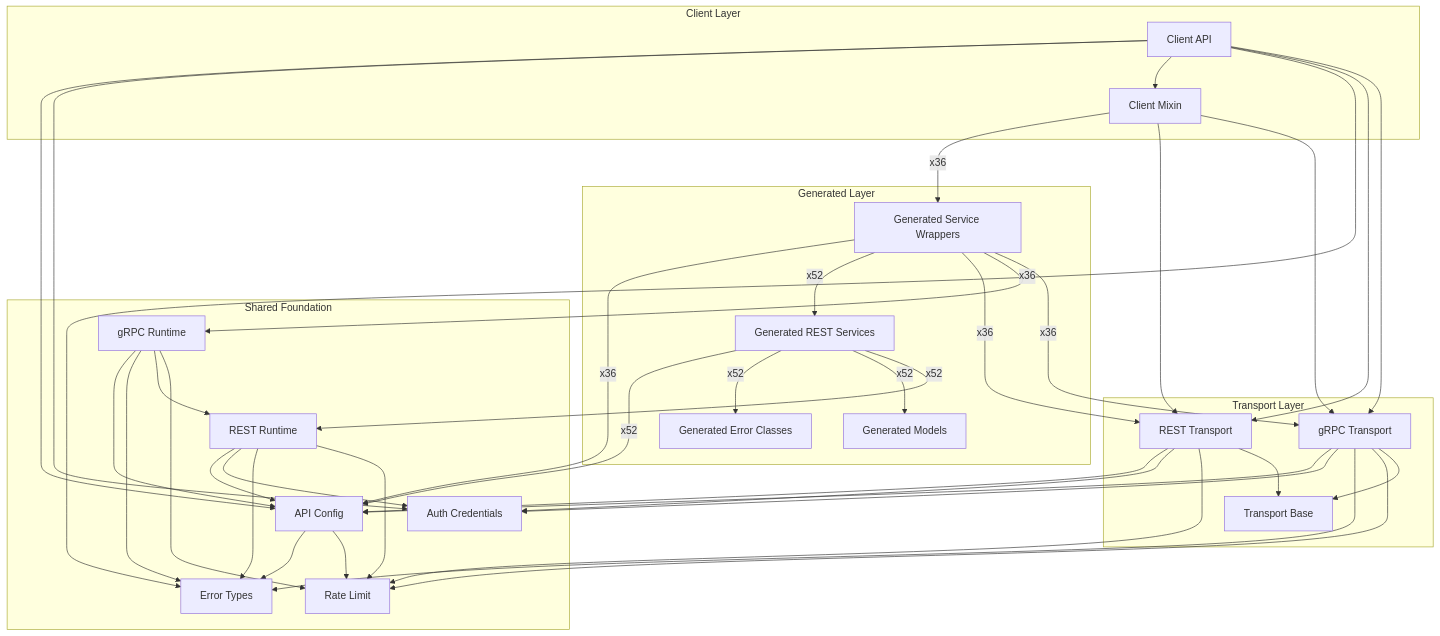
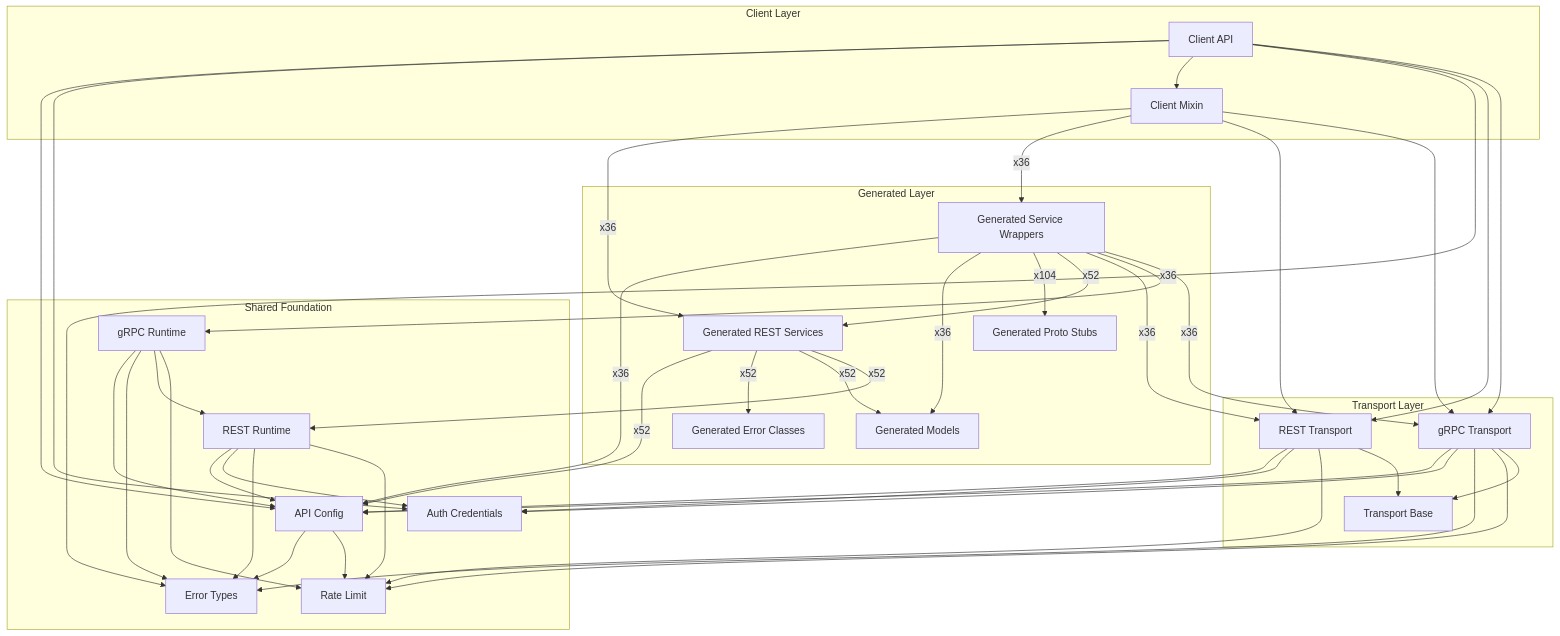
One commit to alexdearaujo/community_sdk_python changed the diagram in docs/sphinx/sdk_runtime_architecture.md. Above: the diagram before and after it, drawn with Mermaid. The commit also changed other lines of this file and 2 other files, not shown here.

Commit message:
fix(generator): show wrapper use of models and proto stubs in the architecture graph
The graph builder resolved `from kentik_api.gen.label import models` to the
package, not the models module, so the wrapper to model edge was dropped.
It now also resolves each imported name, and proto stub modules get their
own group.

````diff
--- a/docs/sphinx/sdk_runtime_architecture.md
+++ b/docs/sphinx/sdk_runtime_architecture.md
@@ -22,64 +22,68 @@
 ```mermaid
 flowchart TB
     subgraph client["Client Layer"]
         Client_API["Client API"]
         Client_Mixin["Client Mixin"]
     end
     subgraph generated["Generated Layer"]
         Generated_Error_Classes["Generated Error Classes"]
         Generated_Models["Generated Models"]
+        Generated_Proto_Stubs["Generated Proto Stubs"]
         Generated_REST_Services["Generated REST Services"]
         Generated_Service_Wrappers["Generated Service Wrappers"]
     end
     subgraph transport["Transport Layer"]
         REST_Transport["REST Transport"]
         Transport_Base["Transport Base"]
         gRPC_Transport["gRPC Transport"]
     end
     subgraph foundation["Shared Foundation"]
         API_Config["API Config"]
         Auth_Credentials["Auth Credentials"]
         Error_Types["Error Types"]
         REST_Runtime["REST Runtime"]
         Rate_Limit["Rate Limit"]
         gRPC_Runtime["gRPC Runtime"]
     end
 
     API_Config --> Error_Types
     API_Config --> Rate_Limit
     Client_API --> API_Config
     Client_API --> Auth_Credentials
     Client_API --> Client_Mixin
     Client_API --> Error_Types
     Client_API --> REST_Transport
     Client_API --> gRPC_Transport
+    Client_Mixin -->|"x36"| Generated_REST_Services
     Client_Mixin -->|"x36"| Generated_Service_Wrappers
     Client_Mixin --> REST_Transport
     Client_Mixin --> gRPC_Transport
     Generated_REST_Services -->|"x52"| API_Config
     Generated_REST_Services -->|"x52"| Generated_Error_Classes
     Generated_REST_Services -->|"x52"| Generated_Models
     Generated_REST_Services -->|"x52"| REST_Runtime
     Generated_Service_Wrappers -->|"x36"| API_Config
+    Generated_Service_Wrappers -->|"x36"| Generated_Models
+    Generated_Service_Wrappers -->|"x104"| Generated_Proto_Stubs
     Generated_Service_Wrappers -->|"x52"| Generated_REST_Services
     Generated_Service_Wrappers -->|"x36"| REST_Transport
     Generated_Service_Wrappers -->|"x36"| gRPC_Runtime
     Generated_Service_Wrappers -->|"x36"| gRPC_Transport
     REST_Runtime --> API_Config
     REST_Runtime --> Auth_Credentials
     REST_Runtime --> Error_Types
     REST_Runtime --> Rate_Limit
     REST_Transport --> API_Config
     REST_Transport --> Auth_Credentials
     REST_Transport --> Rate_Limit
     REST_Transport --> Transport_Base
     gRPC_Runtime --> API_Config
     gRPC_Runtime --> Error_Types
     gRPC_Runtime --> REST_Runtime
     gRPC_Runtime --> Rate_Limit
     gRPC_Transport --> API_Config
     gRPC_Transport --> Auth_Credentials
     gRPC_Transport --> Error_Types
     gRPC_Transport --> Rate_Limit
     gRPC_Transport --> Transport_Base
 ```
````
